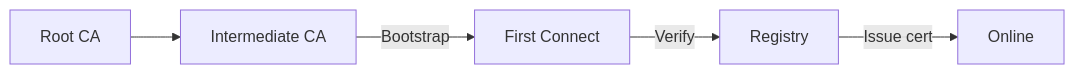
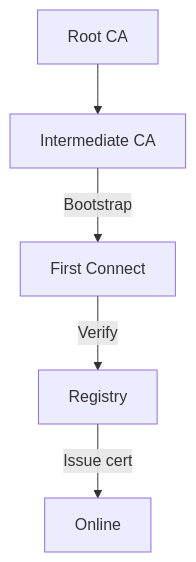
Before and after one commit to osisdie/osisdie.github.io: the diagram in _posts/2026/2026-03-30-iot-1m-device-architecture-part2.md, drawn with Mermaid.

Commit message:
fix: provisioning mermaid LR back to TD — LR chain too wide for container

````diff
--- a/_posts/2026/2026-03-30-iot-1m-device-architecture-part2.md
+++ b/_posts/2026/2026-03-30-iot-1m-device-architecture-part2.md
@@ -54,7 +54,7 @@
 ```mermaid
-flowchart LR
+flowchart TD
     R[Root CA] --> F[Intermediate CA]
     F -->|Bootstrap| D[First Connect]
     D -->|Verify| REG[Registry]
     REG -->|Issue cert| D2[Online]
 ```
````
